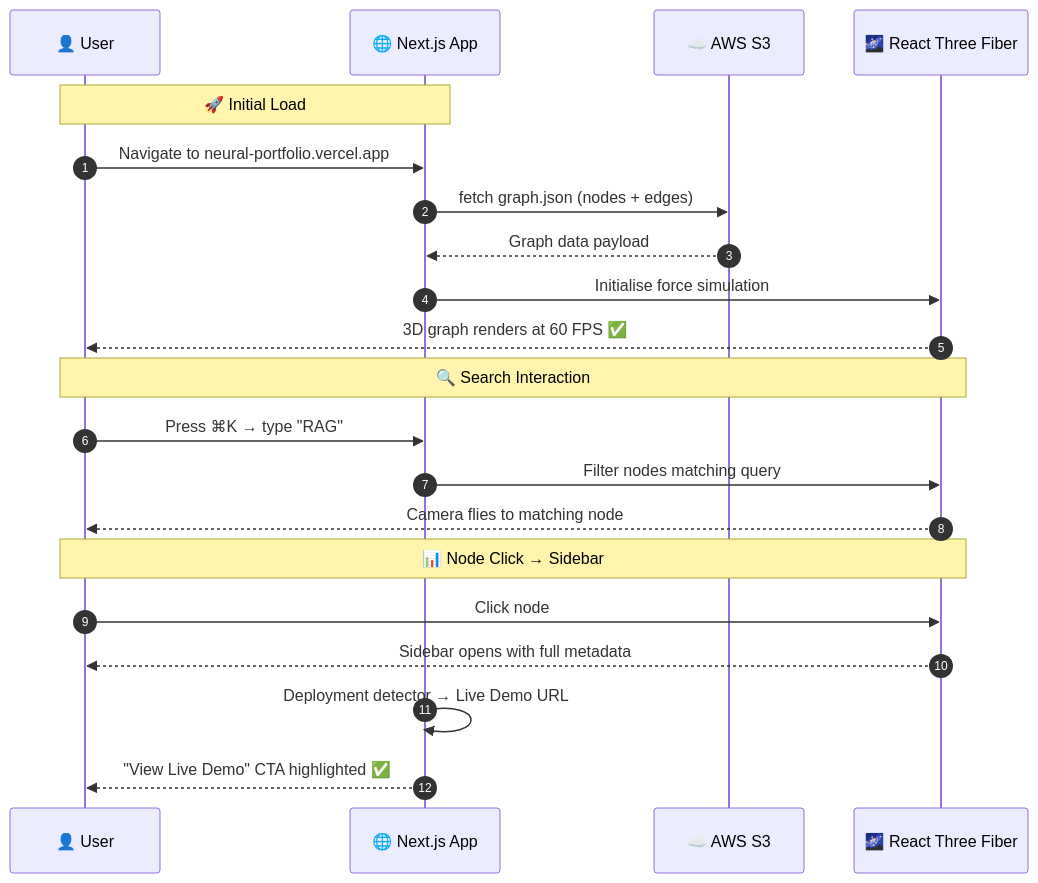
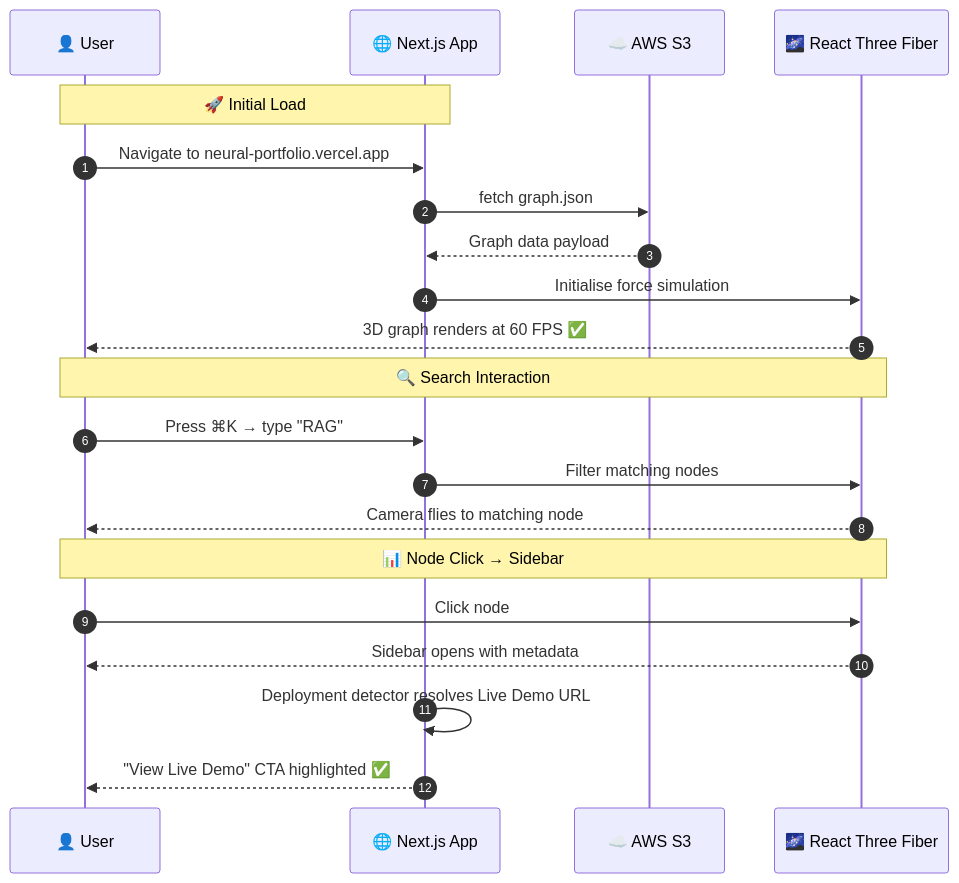
One commit to salonyranjan/neural-portfolio changed the third of 3 diagrams in README.md. Above: the diagram before and after it, drawn with Mermaid. The commit also changed other lines of this file, not shown here.

````diff
--- a/README.md
+++ b/README.md
@@ -277,26 +220,26 @@
 ```mermaid
 sequenceDiagram
     autonumber
-    participant U  as 👤 User
+    participant U as 👤 User
     participant FE as 🌐 Next.js App
     participant S3 as ☁️ AWS S3
     participant R3F as 🌌 React Three Fiber
 
     Note over U,FE: 🚀 Initial Load
     U->>FE: Navigate to neural-portfolio.vercel.app
-    FE->>S3: fetch graph.json (nodes + edges)
+    FE->>S3: fetch graph.json
     S3-->>FE: Graph data payload
     FE->>R3F: Initialise force simulation
     R3F-->>U: 3D graph renders at 60 FPS ✅
 
     Note over U,R3F: 🔍 Search Interaction
     U->>FE: Press ⌘K → type "RAG"
-    FE->>R3F: Filter nodes matching query
+    FE->>R3F: Filter matching nodes
     R3F-->>U: Camera flies to matching node
 
     Note over U,R3F: 📊 Node Click → Sidebar
     U->>R3F: Click node
-    R3F-->>U: Sidebar opens with full metadata
-    FE->>FE: Deployment detector → Live Demo URL
+    R3F-->>U: Sidebar opens with metadata
+    FE->>FE: Deployment detector resolves Live Demo URL
     FE-->>U: "View Live Demo" CTA highlighted ✅
 ```
````
